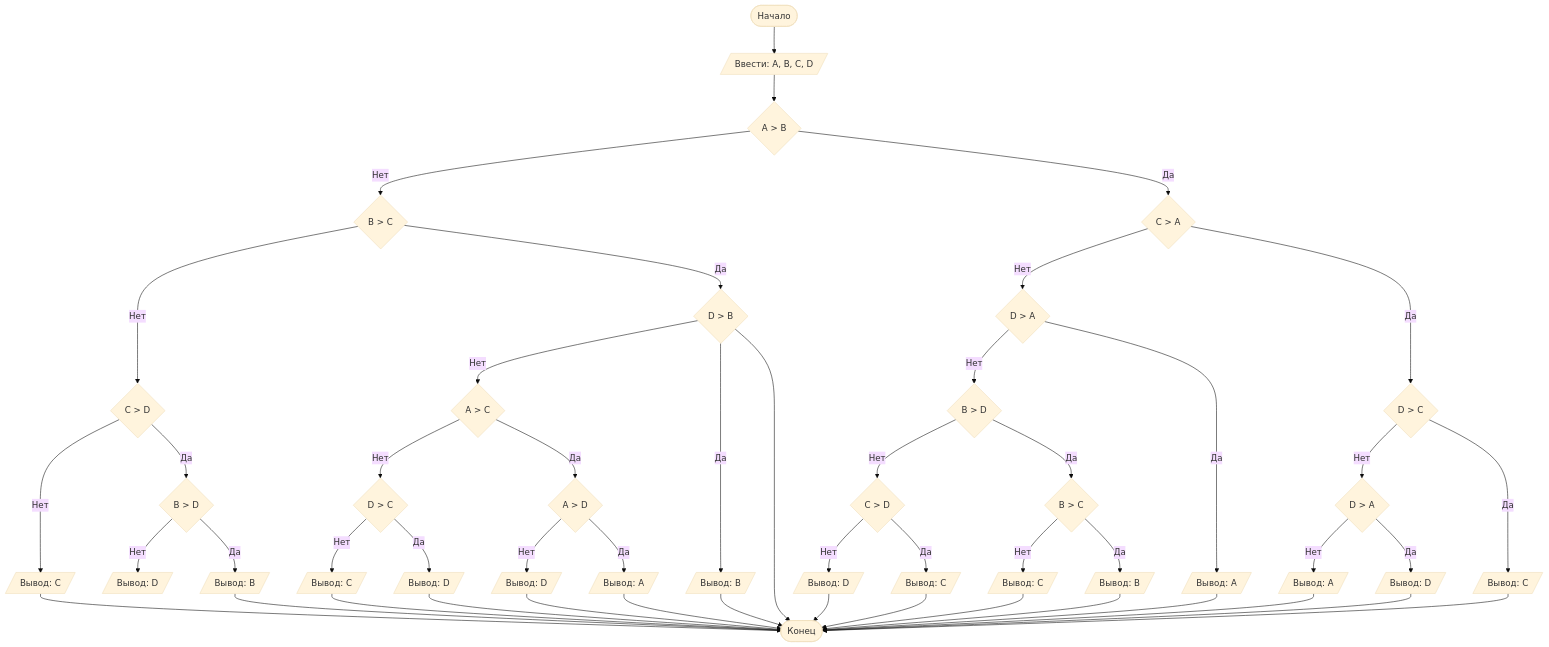
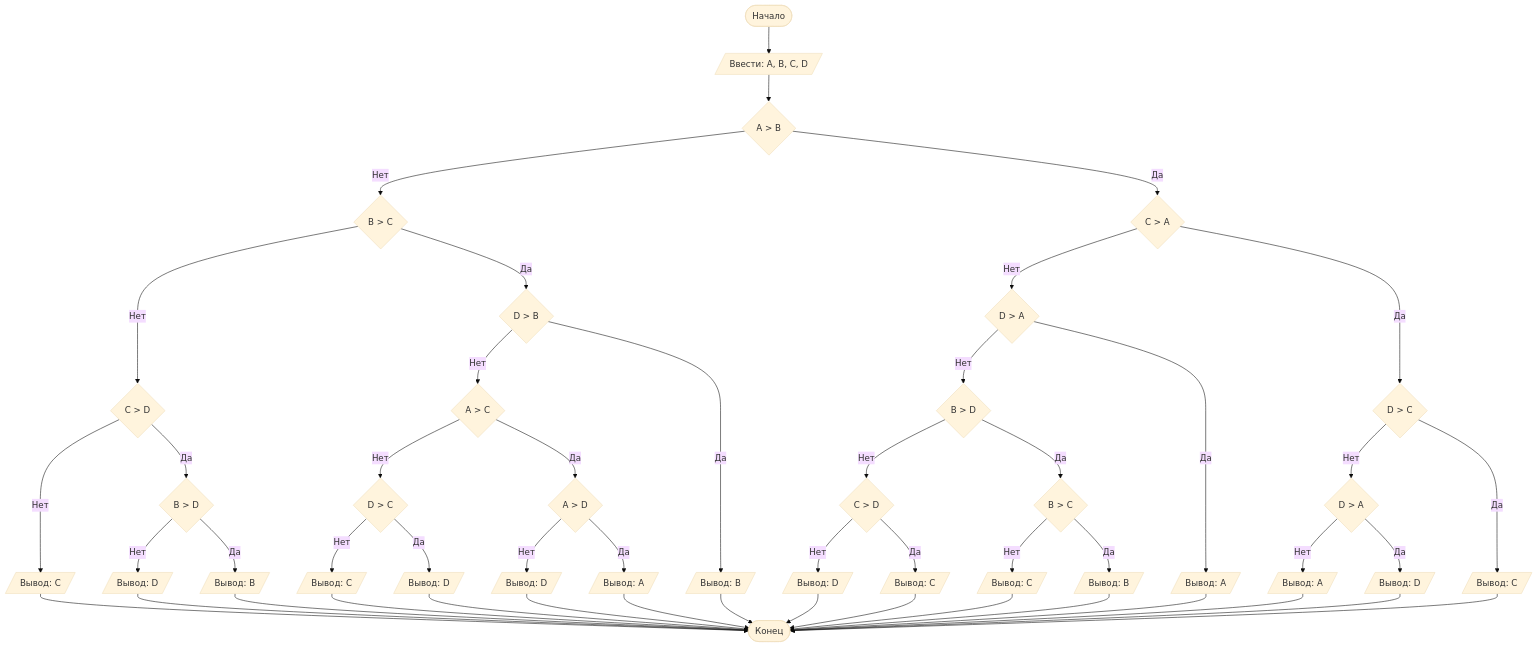
One commit to antres/- changed the diagram in README.md. Above: the diagram before and after it, drawn with Mermaid (base theme).

````diff
--- a/README.md
+++ b/README.md
@@ -85,51 +85,51 @@
 ```mermaid
 graph TD
     A([Начало]) --> B[/Ввести: A, B, C, D/]
     B --> C{A > B}
     C -- Нет --> D{B > C}
     D -- Нет --> E{C > D}
     E -- Нет --> F[/Вывод: C/]
     E -- Да --> G{B > D}
     G -- Нет --> I[/Вывод: D/]
     G -- Да --> H[/Вывод: B/]
     D -- Да --> J{D > B}
     J -- Нет --> K{A > C}
     K -- Нет --> L{D > C}
     L -- Нет --> M[/Вывод: C/]
     L -- Да --> N[/Вывод: D/]
     K -- Да --> O{A > D}
     O -- Нет --> P[/Вывод: D/]
     O -- Да --> Q[/Вывод: A/]
     J -- Да --> R[/Вывод: B/]
     C -- Да --> S{C > A}
     S -- Нет --> T{D > A}
     T -- Нет --> U{B > D}
     U -- Нет --> V{C > D}
     V -- Нет --> W[/Вывод: D/]
     V -- Да --> X[/Вывод: C/]
     U -- Да --> Y{B > C}
     Y -- Нет --> Z[/Вывод: C/]
     Y -- Да --> AA[/Вывод: B/]
     T -- Да --> AB[/Вывод: A/]
     S -- Да --> AC{D > C}
     AC -- Нет --> AD{D > A}
     AD -- Нет --> AE[/Вывод: A/]
     AD -- Да --> AF[/Вывод: D/]
     AC -- Да --> AG[/Вывод: C/]
     F --> AH
-    J --> AH
+    I --> AH
     H --> AH
     M --> AH
     N --> AH
     P --> AH
     Q --> AH
     R --> AH
     W --> AH
     X --> AH
     Z --> AH
     AA --> AH
     AB --> AH
     AE --> AH
     AF --> AH
     AG --> AH([Конец])
 ```
````
